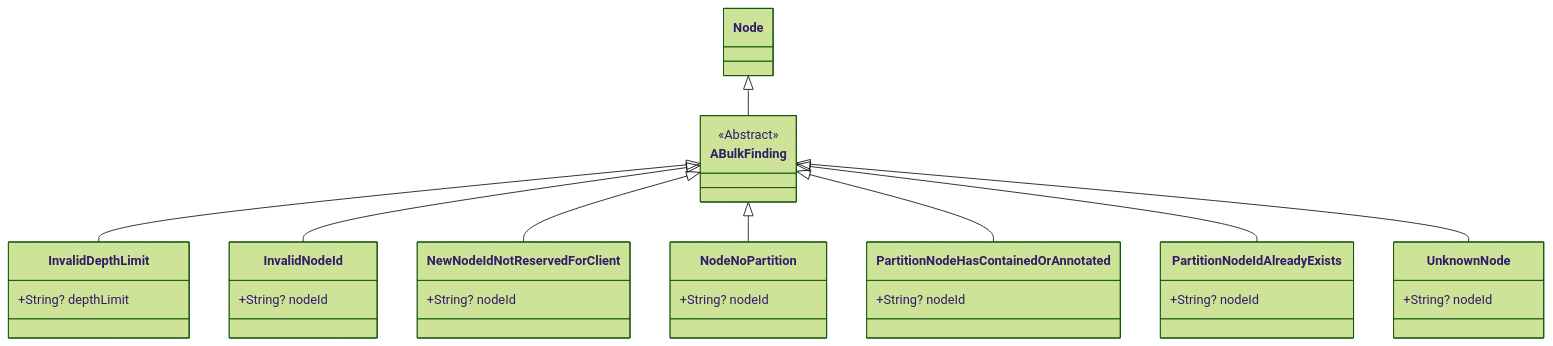
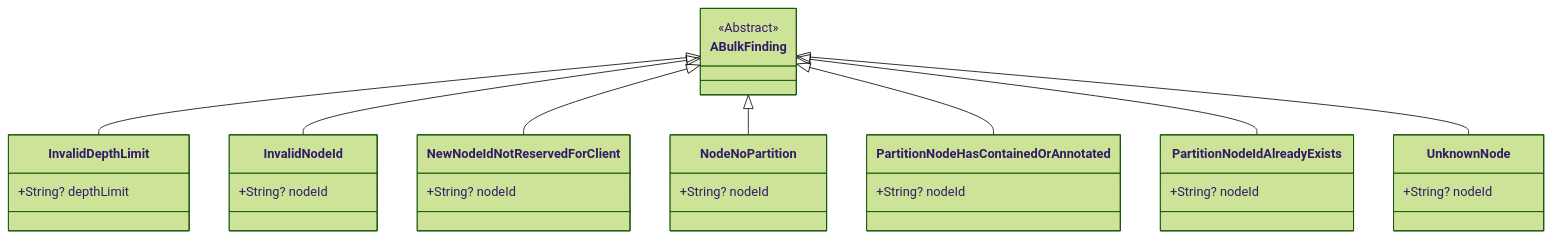
Before and after one commit to LionWeb-io/lionweb-mps: the diagram in languages/io.lionweb.bulk.validation/lionweb/io.lionweb.bulk.validation.md, drawn with Mermaid (forest theme). The commit also changed 18 other files, not shown here.

Commit message:
updated diagrams

````diff
--- a/languages/io.lionweb.bulk.validation/lionweb/io.lionweb.bulk.validation.md
+++ b/languages/io.lionweb.bulk.validation/lionweb/io.lionweb.bulk.validation.md
@@ -1,53 +1,52 @@
 ```mermaid
 classDiagram
 
   class ABulkFinding
   <<Abstract>> ABulkFinding
-  Node <|-- ABulkFinding
 
   class InvalidDepthLimit {
     +String? depthLimit
   }
   ABulkFinding <|-- InvalidDepthLimit
 
   class InvalidNodeId {
     +String? nodeId
   }
   ABulkFinding <|-- InvalidNodeId
 
   class NewNodeIdNotReservedForClient {
     +String? nodeId
   }
   ABulkFinding <|-- NewNodeIdNotReservedForClient
 
   class NodeNoPartition {
     +String? nodeId
   }
   ABulkFinding <|-- NodeNoPartition
 
   class PartitionNodeHasContainedOrAnnotated {
     +String? nodeId
   }
   ABulkFinding <|-- PartitionNodeHasContainedOrAnnotated
 
   class PartitionNodeIdAlreadyExists {
     +String? nodeId
   }
   ABulkFinding <|-- PartitionNodeIdAlreadyExists
 
   class UnknownNode {
     +String? nodeId
   }
   ABulkFinding <|-- UnknownNode
 
 
 
 
 
 
 
 
 
 
 
 ```
````
